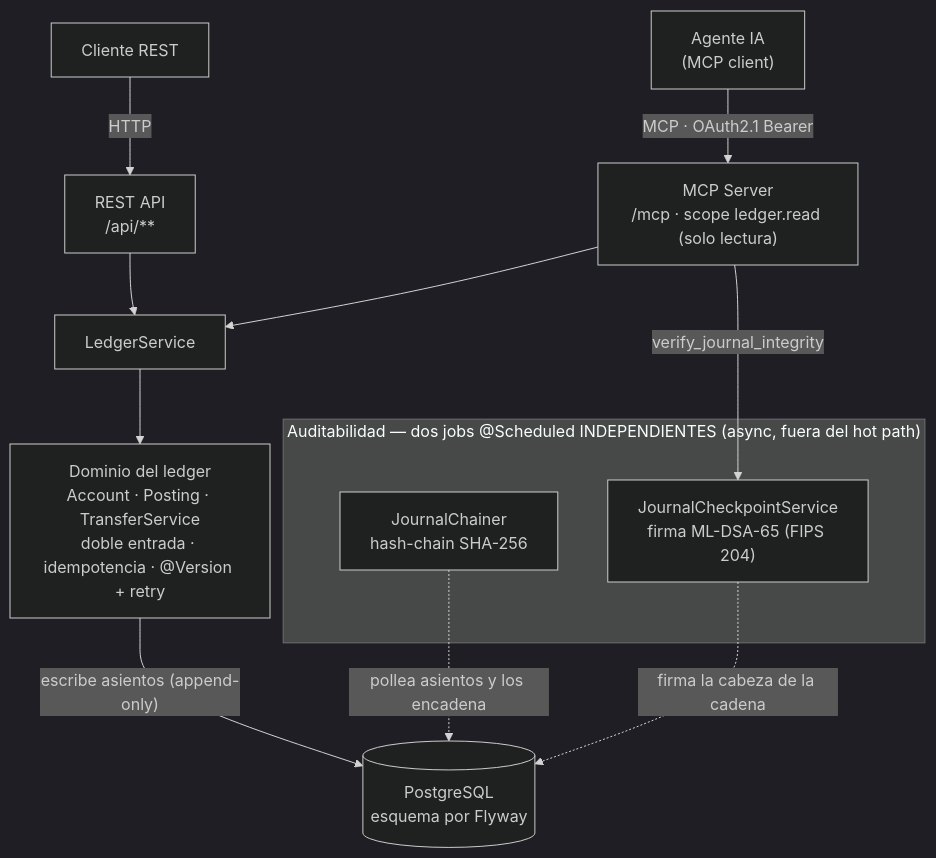
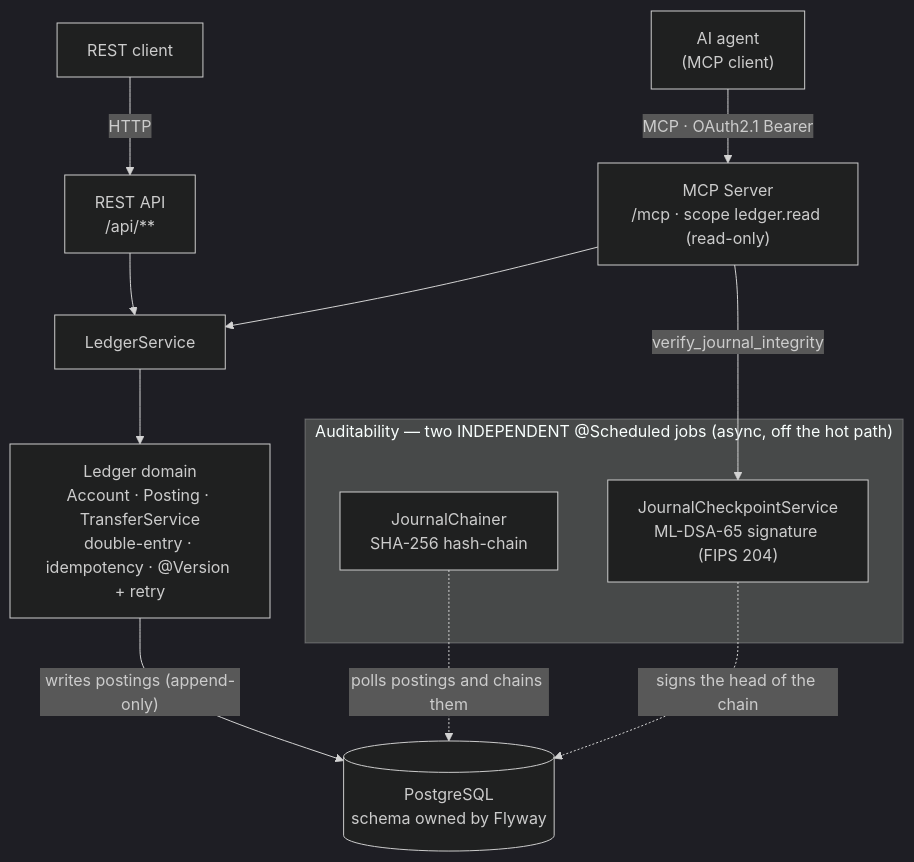
Before and after one commit to juanfranpaezz/ledgermind: the diagram in README.md, drawn with Mermaid (dark theme). The commit also changed other lines of this file, not shown here.

````diff
--- a/README.md
+++ b/README.md
@@ -56,22 +58,22 @@
 ```mermaid
 flowchart TB
-    U["Cliente REST"]
-    AG["Agente IA<br/>(MCP client)"]
+    U["REST client"]
+    AG["AI agent<br/>(MCP client)"]
 
     U -->|HTTP| API["REST API<br/>/api/**"]
-    AG -->|"MCP · OAuth2.1 Bearer"| MCP["MCP Server<br/>/mcp · scope ledger.read (solo lectura)"]
+    AG -->|"MCP · OAuth2.1 Bearer"| MCP["MCP Server<br/>/mcp · scope ledger.read (read-only)"]
 
     API --> SVC["LedgerService"]
     MCP --> SVC
 
-    SVC --> DOM["Dominio del ledger<br/>Account · Posting · TransferService<br/>doble entrada · idempotencia · @Version + retry"]
-    DOM -->|"escribe asientos (append-only)"| PG[("PostgreSQL<br/>esquema por Flyway")]
+    SVC --> DOM["Ledger domain<br/>Account · Posting · TransferService<br/>double-entry · idempotency · @Version + retry"]
+    DOM -->|"writes postings (append-only)"| PG[("PostgreSQL<br/>schema owned by Flyway")]
 
-    subgraph AUD["Auditabilidad — dos jobs @Scheduled INDEPENDIENTES (async, fuera del hot path)"]
-      CH["JournalChainer<br/>hash-chain SHA-256"]
-      CHK["JournalCheckpointService<br/>firma ML-DSA-65 (FIPS 204)"]
+    subgraph AUD["Auditability — two INDEPENDENT @Scheduled jobs (async, off the hot path)"]
+      CH["JournalChainer<br/>SHA-256 hash-chain"]
+      CHK["JournalCheckpointService<br/>ML-DSA-65 signature (FIPS 204)"]
     end
-    CH -.->|"pollea asientos y los encadena"| PG
-    CHK -.->|"firma la cabeza de la cadena"| PG
+    CH -.->|"polls postings and chains them"| PG
+    CHK -.->|"signs the head of the chain"| PG
     MCP -->|"verify_journal_integrity"| CHK
 ```
````
